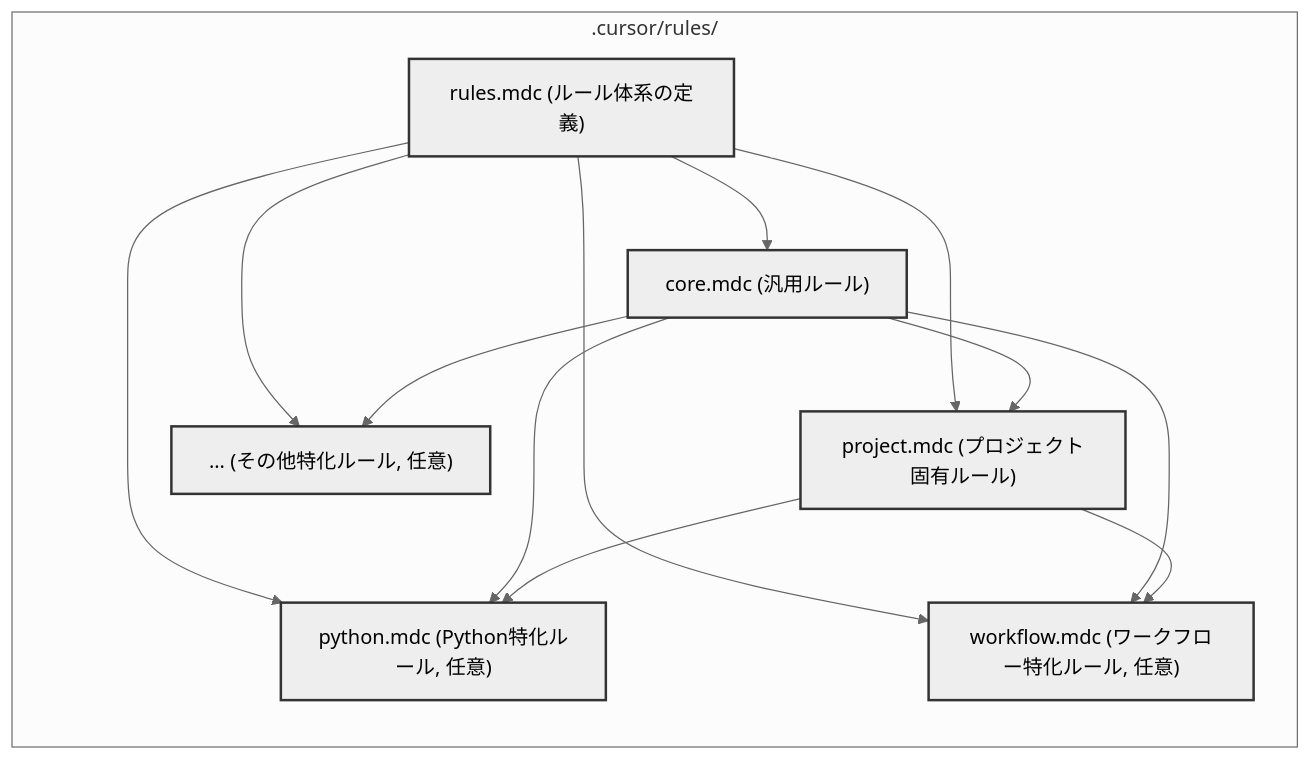
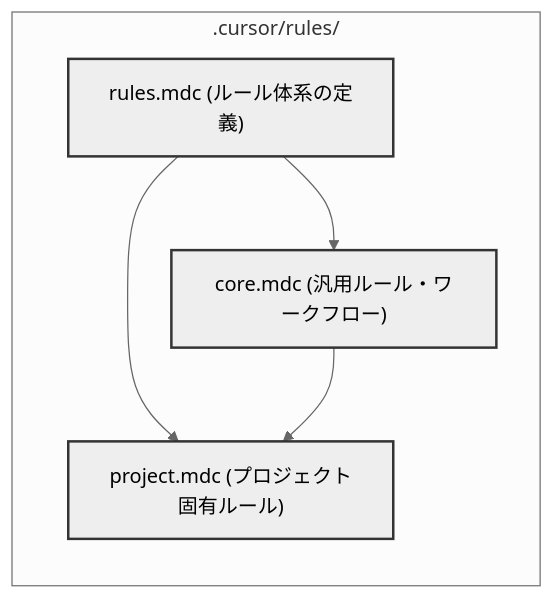
Before and after one commit to tkosht/cursor_dev: the first of 2 diagrams in .cursor/rules/rules.mdc, drawn with Mermaid (neutral theme). The commit also changed other lines of this file and 2 other files, not shown here.

First line of the commit message:
fix: workflow.mdc削除に伴う参照リンクの修正

````diff
--- a/.cursor/rules/rules.mdc
+++ b/.cursor/rules/rules.mdc
@@ -33,30 +36,15 @@
 ```mermaid
 graph LR
     subgraph ".cursor/rules/"
         RulesMDC["rules.mdc (ルール体系の定義)"]
-
-        CoreMDC["core.mdc (汎用ルール)"]
+        CoreMDC["core.mdc (汎用ルール・ワークフロー)"]
         ProjectMDC["project.mdc (プロジェクト固有ルール)"]
-
-        PythonMDC["python.mdc (Python特化ルール, 任意)"]
-        WorkflowMDC["workflow.mdc (ワークフロー特化ルール, 任意)"]
-        OtherMDC["... (その他特化ルール, 任意)"]
 
         RulesMDC --> CoreMDC
         RulesMDC --> ProjectMDC
-        RulesMDC --> PythonMDC
-        RulesMDC --> WorkflowMDC
-        RulesMDC --> OtherMDC
-
         CoreMDC --> ProjectMDC
-        CoreMDC --> PythonMDC
-        CoreMDC --> WorkflowMDC
-        CoreMDC --> OtherMDC
-
-        ProjectMDC --> PythonMDC
-        ProjectMDC --> WorkflowMDC
     end
 
     classDef mdc fill:#eee,stroke:#333,stroke-width:2px;
-    class RulesMDC,CoreMDC,ProjectMDC,PythonMDC,WorkflowMDC,OtherMDC mdc
+    class RulesMDC,CoreMDC,ProjectMDC mdc
 ```
````
